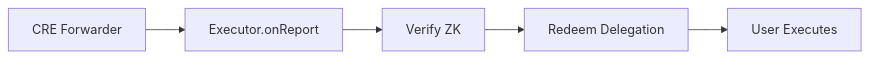
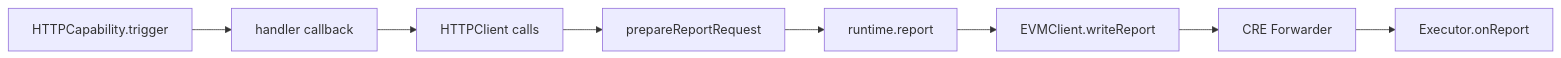
Before and after one commit to acgodson/autonomify: the diagram in docs/CRE.md, drawn with Mermaid. The commit also changed other lines of this file and 3 other files, not shown here.

````diff
--- a/docs/CRE.md
+++ b/docs/CRE.md
@@ -35,4 +36,10 @@
 ```mermaid
 flowchart LR
-    F[CRE Forwarder] --> G[Executor.onReport] --> H[Verify ZK] --> I[Redeem Delegation] --> J[User Executes]
+    A[HTTPCapability.trigger] --> B[handler callback]
+    B --> C[HTTPClient calls]
+    C --> D[prepareReportRequest]
+    D --> E[runtime.report]
+    E --> F[EVMClient.writeReport]
+    F --> G[CRE Forwarder]
+    G --> H[Executor.onReport]
 ```
````
